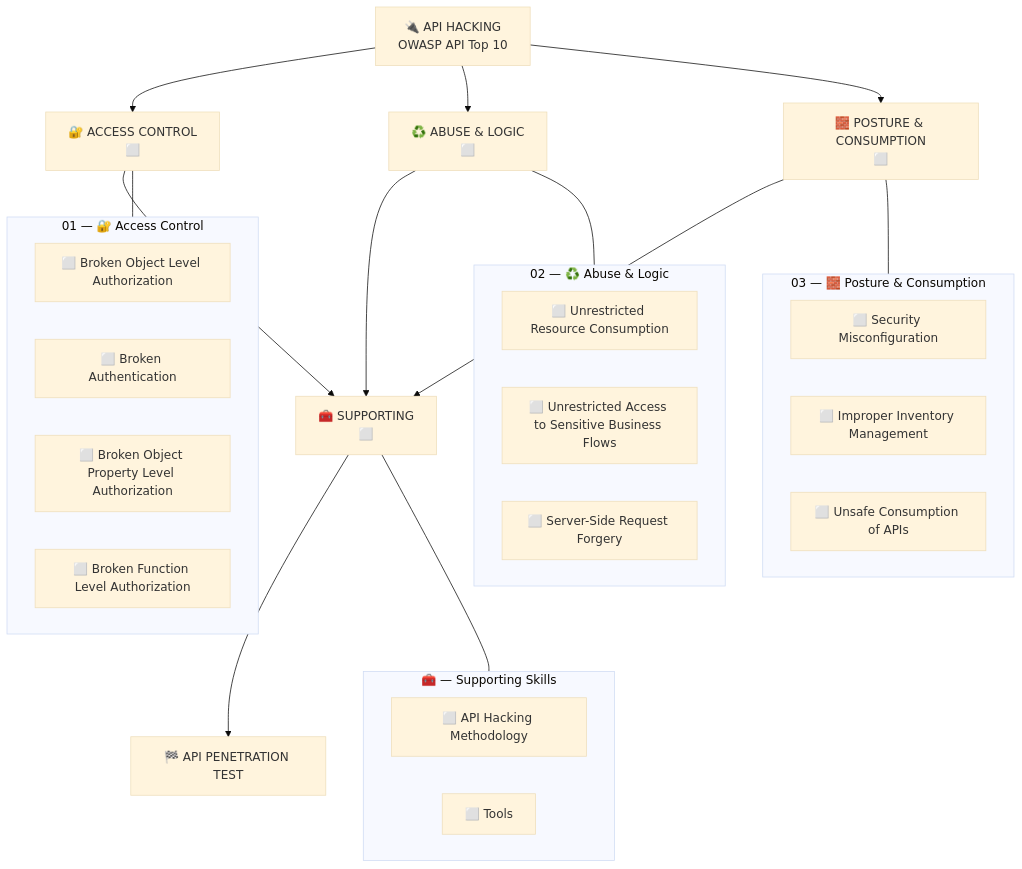
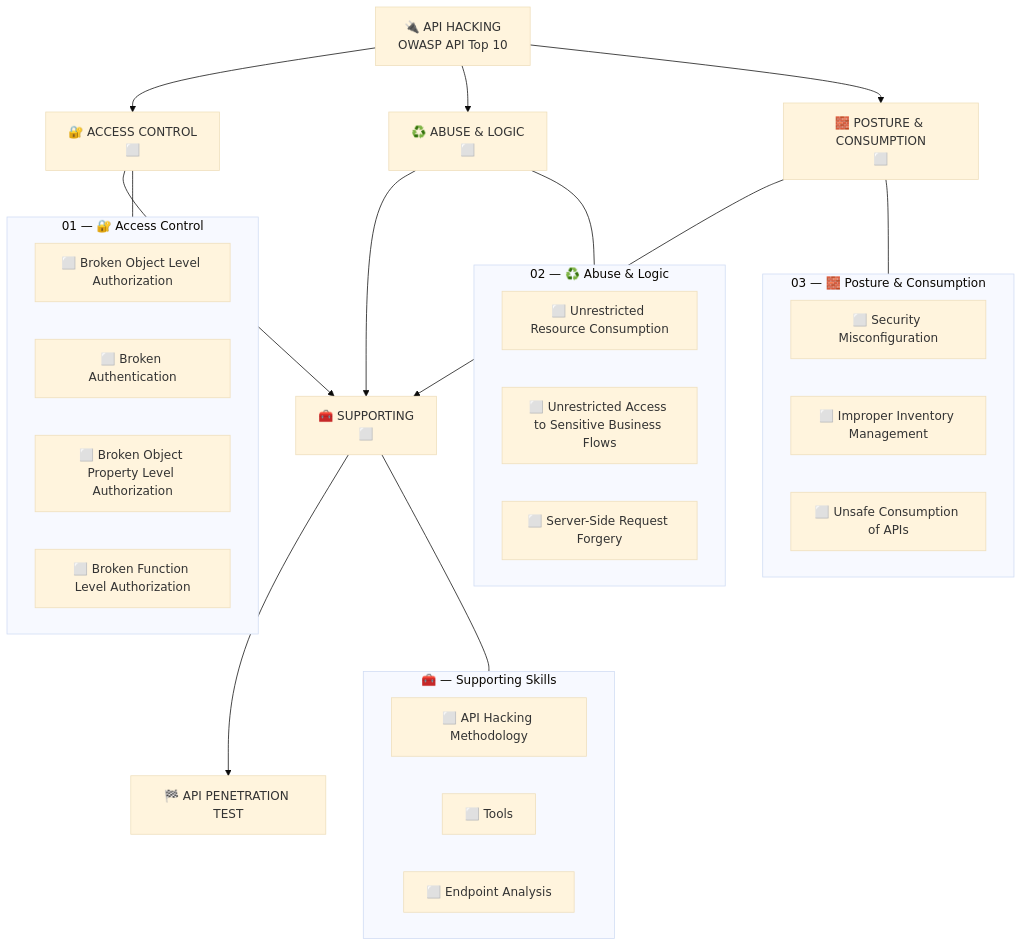
One commit to romeo-mhakayakora/API-Hacking changed the diagram in README.md. Above: the diagram before and after it, drawn with Mermaid (base theme). The commit also changed other lines of this file and 2 other files, not shown here.

Commit message:
Add API Endpoint Analysis module (empty template, wired into dashboard)

````diff
--- a/README.md
+++ b/README.md
@@ -15,51 +15,53 @@
 ```mermaid
 flowchart TB
     API["🔌 API HACKING<br/>OWASP API Top 10"]
     D1["🔐 ACCESS CONTROL<br/>⬜"]
     D2["♻️ ABUSE & LOGIC<br/>⬜"]
     D3["🧱 POSTURE & CONSUMPTION<br/>⬜"]
     SUP["🧰 SUPPORTING<br/>⬜"]
     PENT["🏁 API PENETRATION TEST"]
 
     API --> D1 & D2 & D3
     D1 & D2 & D3 --> SUP --> PENT
 
     subgraph 01_ACCESS_CONTROL ["01 — 🔐 Access Control"]
         BOLA["⬜ Broken Object Level Authorization"]
         AUTH["⬜ Broken Authentication"]
         BOPLA["⬜ Broken Object Property Level Authorization"]
         BFLA["⬜ Broken Function Level Authorization"]
     end
     subgraph 02_ABUSE_LOGIC ["02 — ♻️ Abuse & Logic"]
         RES["⬜ Unrestricted Resource Consumption"]
         FLOW["⬜ Unrestricted Access to Sensitive Business Flows"]
         SSRF["⬜ Server-Side Request Forgery"]
     end
     subgraph 03_POSTURE_CONSUMPTION ["03 — 🧱 Posture & Consumption"]
         MIS["⬜ Security Misconfiguration"]
         INV["⬜ Improper Inventory Management"]
         CON["⬜ Unsafe Consumption of APIs"]
     end
     subgraph SUPPORTING ["🧰 — Supporting Skills"]
         MET["⬜ API Hacking Methodology"]
         TLS["⬜ Tools"]
+        EPA["⬜ Endpoint Analysis"]
     end
 
     D1 --- 01_ACCESS_CONTROL
     D2 --- 02_ABUSE_LOGIC
     D3 --- 03_POSTURE_CONSUMPTION
     SUP --- SUPPORTING
 
     click BOLA href "./01-access-control/bola.md"
     click AUTH href "./01-access-control/broken-authentication.md"
     click BOPLA href "./01-access-control/bopla.md"
     click BFLA href "./01-access-control/bfla.md"
     click RES href "./02-abuse-logic/unrestricted-resource-consumption.md"
     click FLOW href "./02-abuse-logic/unrestricted-business-flow.md"
     click SSRF href "./02-abuse-logic/ssrf.md"
     click MIS href "./03-posture-consumption/security-misconfiguration.md"
     click INV href "./03-posture-consumption/improper-inventory-management.md"
     click CON href "./03-posture-consumption/unsafe-api-consumption.md"
     click MET href "./supporting/api-methodology.md"
     click TLS href "./supporting/tools.md"
+    click EPA href "./supporting/api-endpoint-analysis.md"
 ```
````
